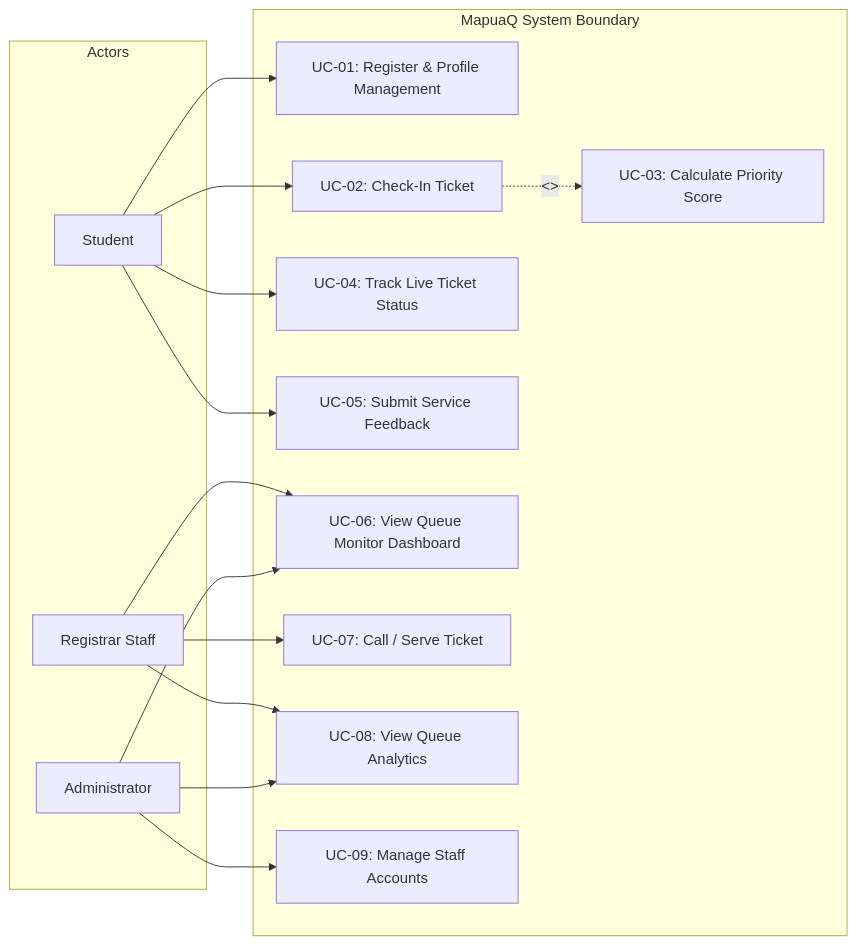
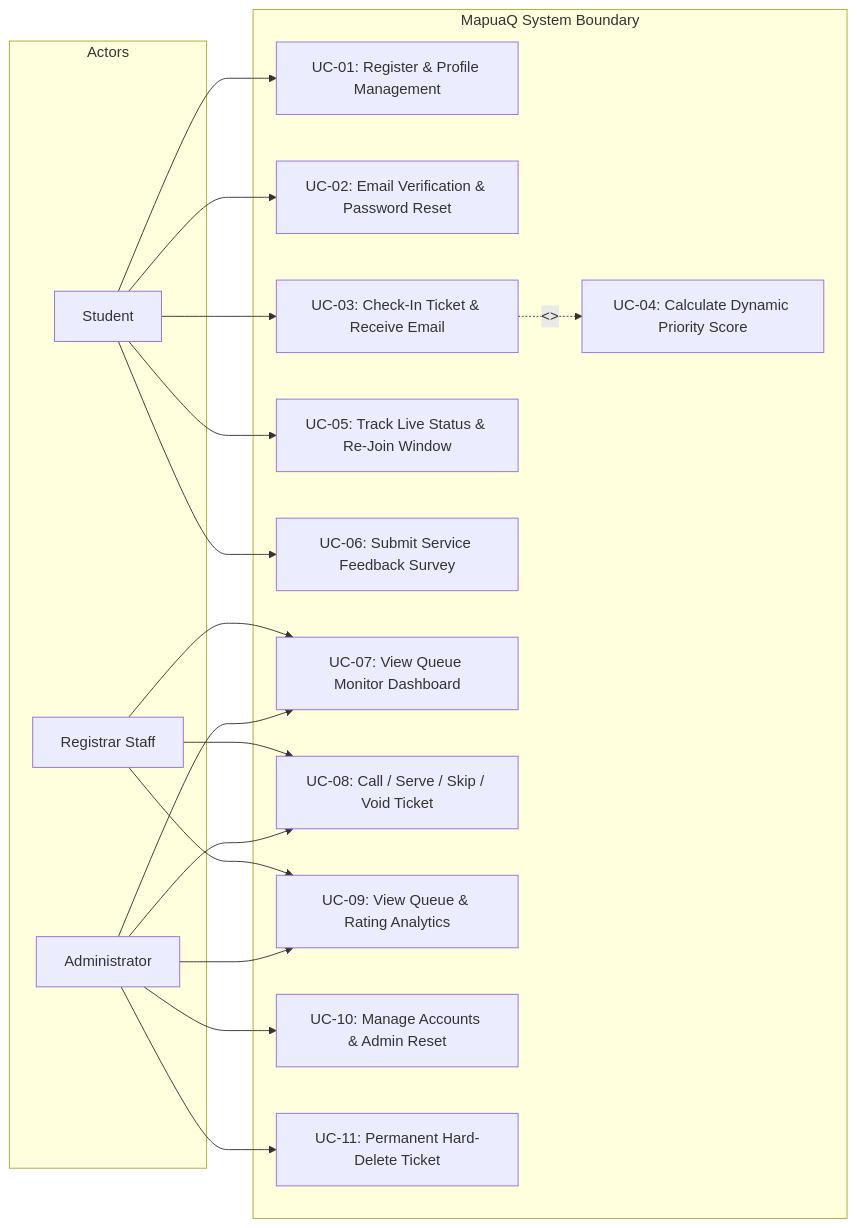
The second of 5 diagrams in PROPOSAL.md (justinovate/cpe106l-4_finalproject), drawn with Mermaid before and after one commit. The commit also changed other lines of this file and 22 other files, not shown here.

Commit message:
feat(sprint-3): add dual-mode email notifications, account verification, password resets, ticket lifecycle controls, feedback analytics, deployment config, and 40 AAA tests

````diff
--- a/PROPOSAL.md
+++ b/PROPOSAL.md
@@ -176,32 +179,37 @@
 ```mermaid
 graph LR
     subgraph Actors
         S["Student"]
         RS["Registrar Staff"]
         A["Administrator"]
     end
 
     subgraph MapuaQ System Boundary
         UC1["UC-01: Register & Profile Management"]
-        UC2["UC-02: Check-In Ticket"]
-        UC3["UC-03: Calculate Priority Score"]
-        UC4["UC-04: Track Live Ticket Status"]
-        UC5["UC-05: Submit Service Feedback"]
-        UC6["UC-06: View Queue Monitor Dashboard"]
-        UC7["UC-07: Call / Serve Ticket"]
-        UC8["UC-08: View Queue Analytics"]
-        UC9["UC-09: Manage Staff Accounts"]
+        UC2["UC-02: Email Verification & Password Reset"]
+        UC3["UC-03: Check-In Ticket & Receive Email"]
+        UC4["UC-04: Calculate Dynamic Priority Score"]
+        UC5["UC-05: Track Live Status & Re-Join Window"]
+        UC6["UC-06: Submit Service Feedback Survey"]
+        UC7["UC-07: View Queue Monitor Dashboard"]
+        UC8["UC-08: Call / Serve / Skip / Void Ticket"]
+        UC9["UC-09: View Queue & Rating Analytics"]
+        UC10["UC-10: Manage Accounts & Admin Reset"]
+        UC11["UC-11: Permanent Hard-Delete Ticket"]
     end
 
     S --> UC1
     S --> UC2
-    UC2 -. "<<include>>" .-> UC3
-    S --> UC4
+    S --> UC3
+    UC3 -. "<<include>>" .-> UC4
     S --> UC5
-    RS --> UC6
+    S --> UC6
     RS --> UC7
     RS --> UC8
-    A --> UC6
+    RS --> UC9
+    A --> UC7
     A --> UC8
     A --> UC9
+    A --> UC10
+    A --> UC11
 ```
````
